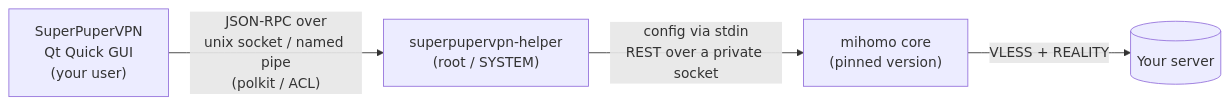
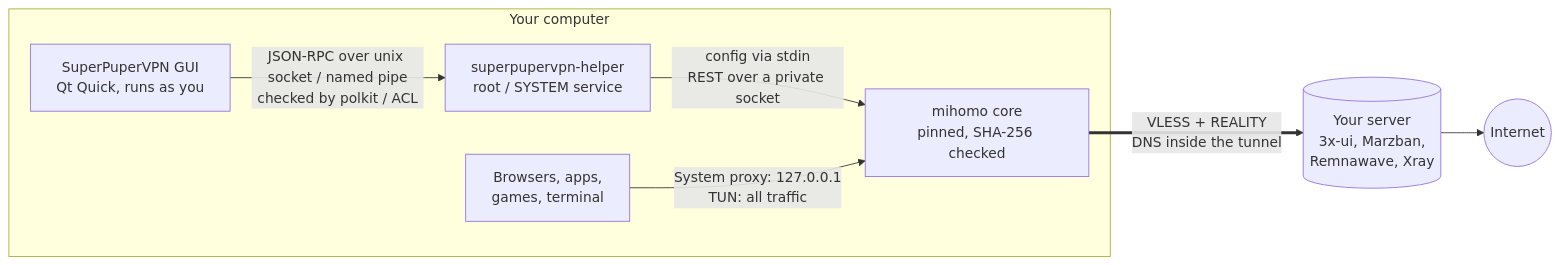
One commit to NikitaKnutov/superpupervpn changed the diagram in README.md. Above: the diagram before and after it, drawn with Mermaid. The commit also changed other lines of this file and 8 other files, not shown here.

````diff
--- a/README.md
+++ b/README.md
@@ -115,6 +117,14 @@
 ```mermaid
 flowchart LR
-    GUI["SuperPuperVPN<br/>Qt Quick GUI<br/>(your user)"] -- "JSON-RPC over<br/>unix socket / named pipe<br/>(polkit / ACL)" --> Helper["superpupervpn-helper<br/>(root / SYSTEM)"]
-    Helper -- "config via stdin<br/>REST over a private socket" --> Core["mihomo core<br/>(pinned version)"]
-    Core -- "VLESS + REALITY" --> Server[("Your server")]
+    subgraph PC["Your computer"]
+        Apps["Browsers, apps,<br/>games, terminal"]
+        GUI["SuperPuperVPN GUI<br/>Qt Quick, runs as you"]
+        Helper["superpupervpn-helper<br/>root / SYSTEM service"]
+        Core["mihomo core<br/>pinned, SHA-256 checked"]
+        GUI -- "JSON-RPC over unix socket / named pipe<br/>checked by polkit / ACL" --> Helper
+        Helper -- "config via stdin<br/>REST over a private socket" --> Core
+        Apps -- "System proxy: 127.0.0.1<br/>TUN: all traffic" --> Core
+    end
+    Core == "VLESS + REALITY<br/>DNS inside the tunnel" ==> Server[("Your server<br/>3x-ui, Marzban,<br/>Remnawave, Xray")]
+    Server --> Net(("Internet"))
 ```
````
